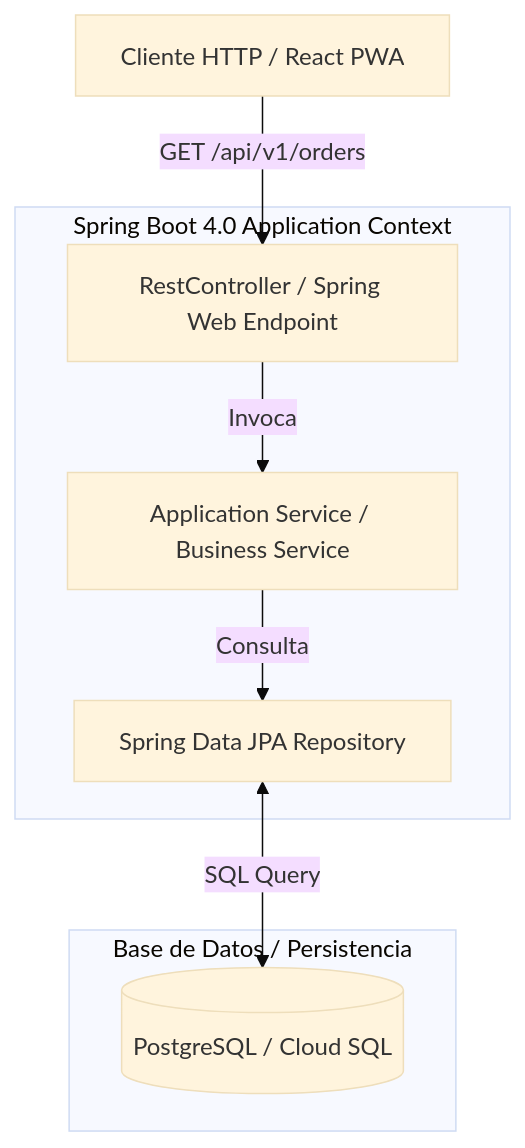
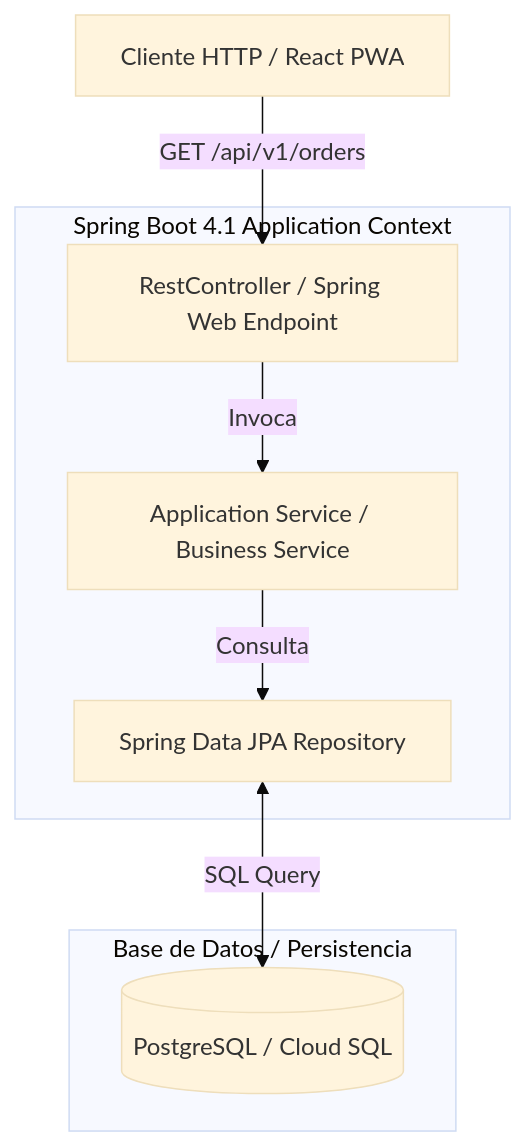
The diagram in docs/formacion_ecosistema/modulo_1_backend_java_spring/03_spring_boot4_fundamentos_arquitectura.md (jaruiz78/ecosistema-multiproyectos), drawn with Mermaid (base theme) before and after one commit. The commit also changed other lines of this file and 1789 other files, not shown here.

````diff
--- a/docs/formacion_ecosistema/modulo_1_backend_java_spring/03_spring_boot4_fundamentos_arquitectura.md
+++ b/docs/formacion_ecosistema/modulo_1_backend_java_spring/03_spring_boot4_fundamentos_arquitectura.md
@@ -16,17 +16,17 @@
 ```mermaid
 graph TD
-    subgraph Spring Boot 4.0 Application Context
+    subgraph Spring Boot 4.1 Application Context
         CTRL[RestController / Spring Web Endpoint]
         SVC[Application Service / Business Service]
         REPO[Spring Data JPA Repository]
     end
 
     subgraph Base de Datos / Persistencia
         DB[(PostgreSQL / Cloud SQL)]
     end
 
     CLIENT[Cliente HTTP / React PWA] -->|GET /api/v1/orders| CTRL
     CTRL -->|Invoca| SVC
     SVC -->|Consulta| REPO
     REPO <-->|SQL Query| DB
 ```
````
